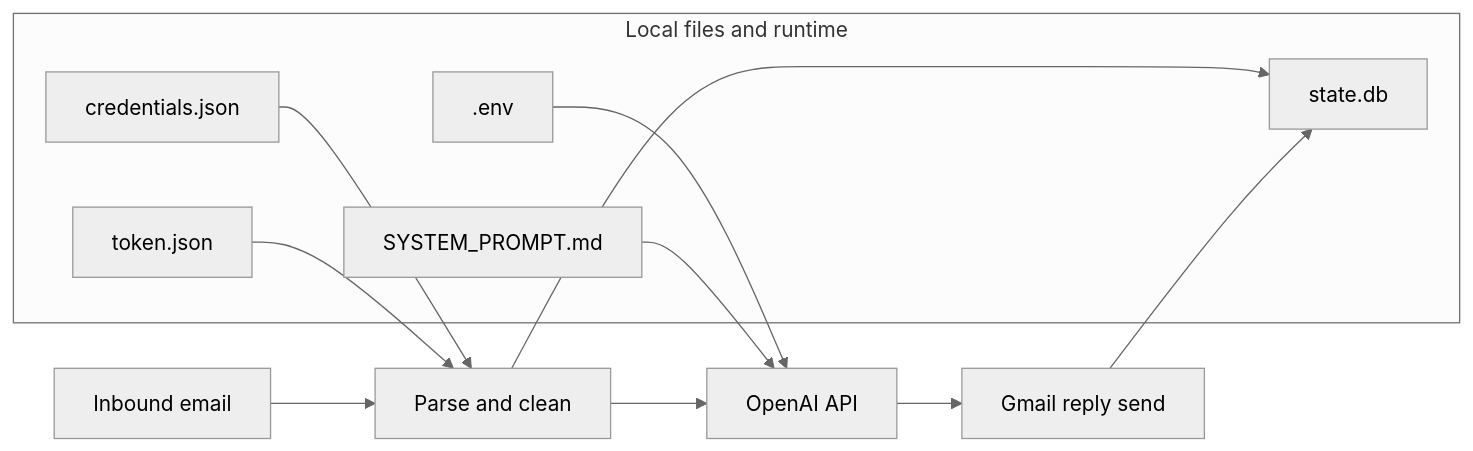
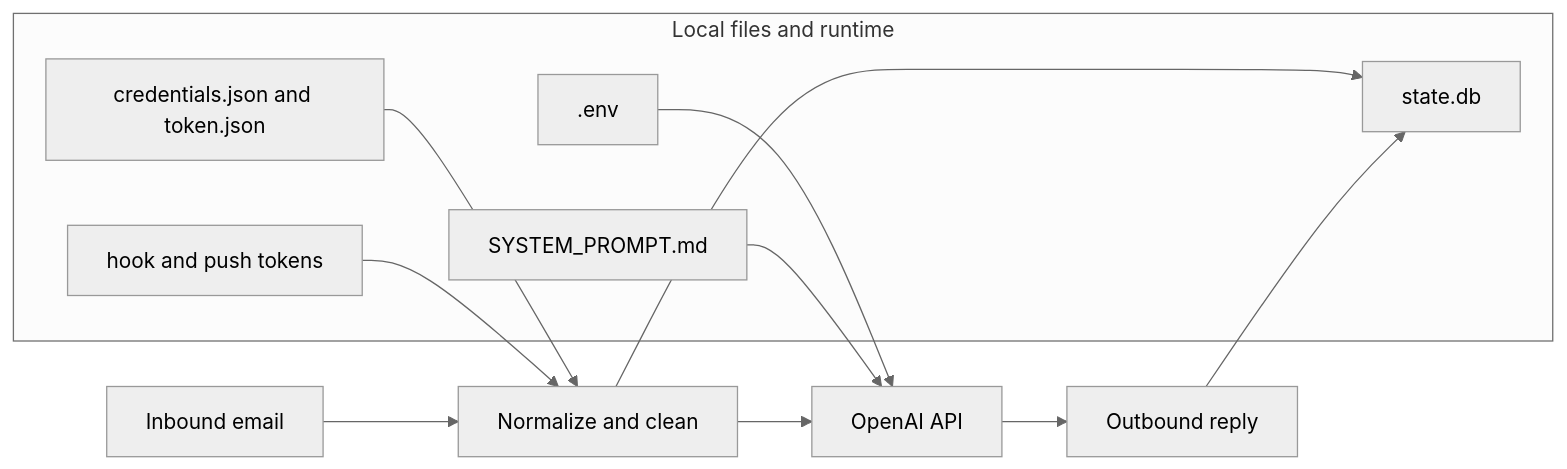
One commit to LunarMothStudios/Canna-Mailroom changed the first of 2 diagrams in docs/security-and-safety.md. Above: the diagram before and after it, drawn with Mermaid (neutral theme). The commit also changed other lines of this file and 30 other files, not shown here.

````diff
--- a/docs/security-and-safety.md
+++ b/docs/security-and-safety.md
@@ -94,21 +101,21 @@
 ```mermaid
 flowchart LR
-    Inbound["Inbound email"] --> Parse["Parse and clean"]
+    Inbound["Inbound email"] --> Parse["Normalize and clean"]
     Parse --> Model["OpenAI API"]
-    Model --> Send["Gmail reply send"]
+    Model --> Send["Outbound reply"]
 
     subgraph Local["Local files and runtime"]
         Env[".env"]
-        Creds["credentials.json"]
-        Token["token.json"]
         DB["state.db"]
         Prompt["SYSTEM_PROMPT.md"]
+        OAuth["credentials.json and token.json"]
+        Hook["hook and push tokens"]
     end
 
     Env --> Model
-    Creds --> Parse
-    Token --> Parse
+    OAuth --> Parse
+    Hook --> Parse
     Parse --> DB
     Send --> DB
     Prompt --> Model
 ```
````
